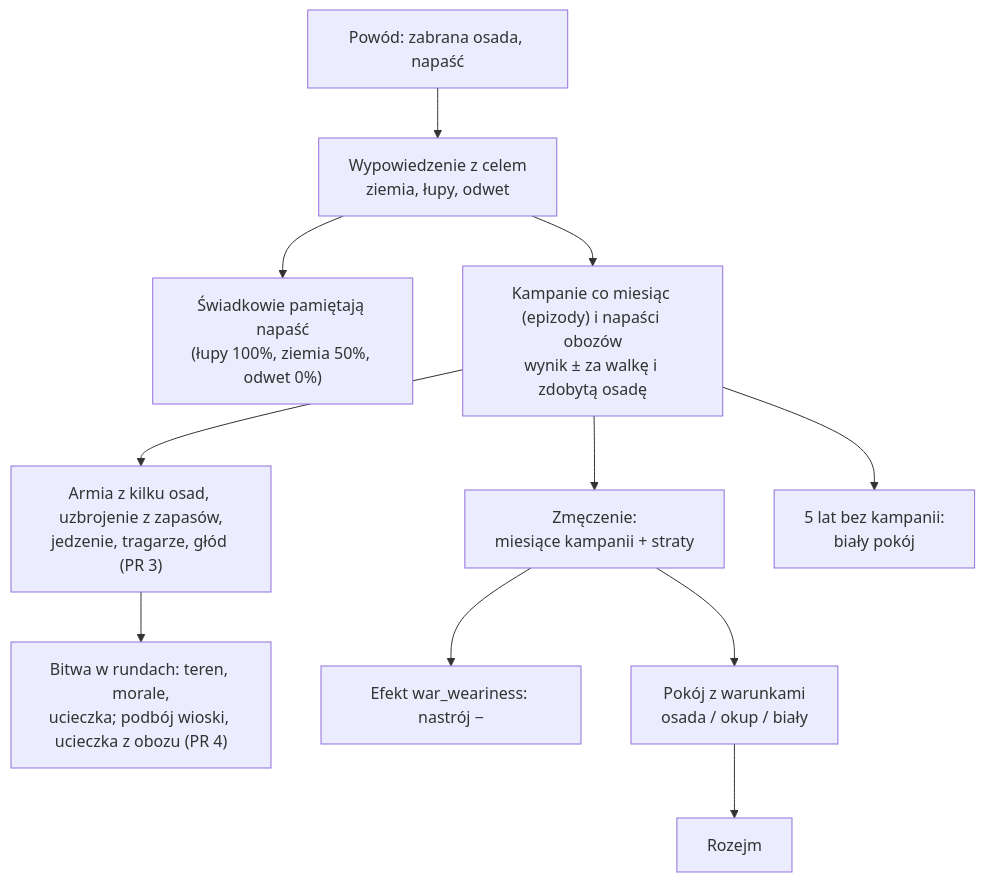
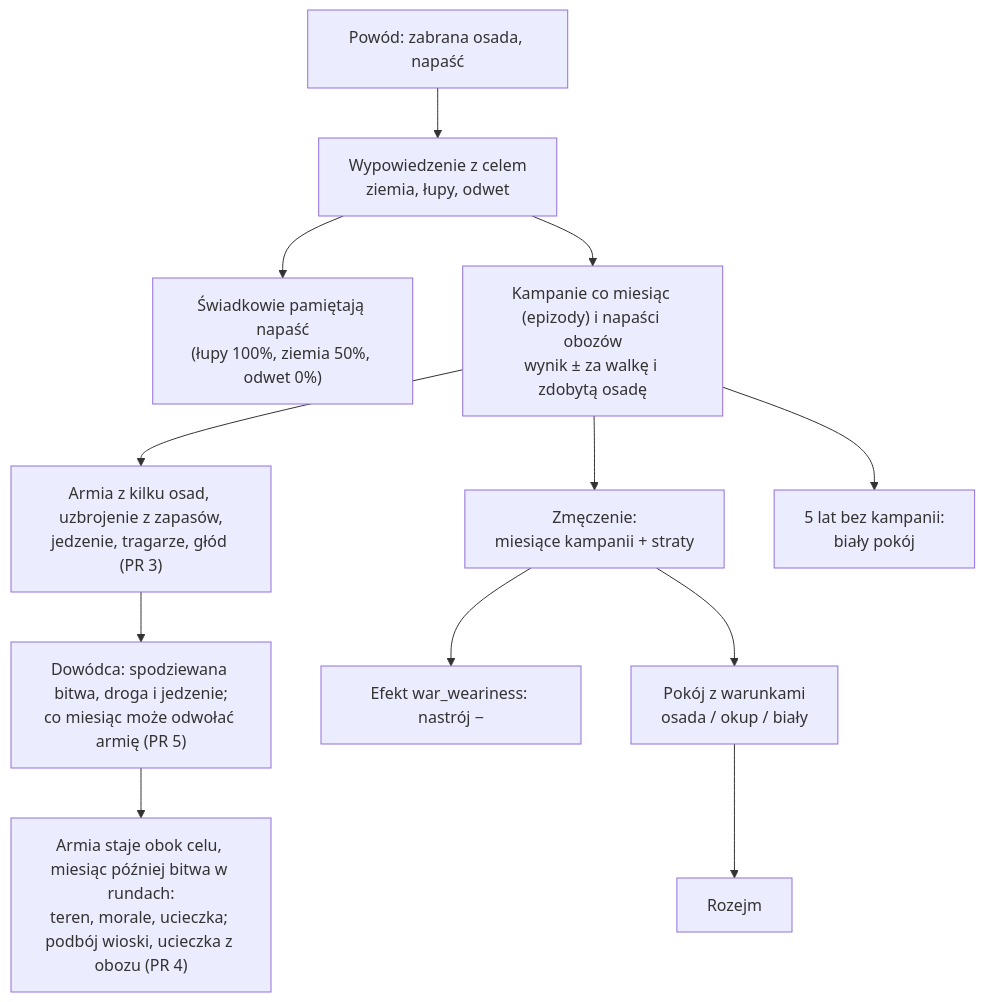
One commit to CoStellar/CivSim2 changed the diagram in docs/systems/war.md. Above: the diagram before and after it, drawn with Mermaid. The commit also changed other lines of this file and 12 other files, not shown here.

First line of the commit message:
Stage 4e PR 5: commander docs, statistics and charts

````diff
--- a/docs/systems/war.md
+++ b/docs/systems/war.md
@@ -16,13 +16,14 @@
 ```mermaid
 flowchart TD
   C["Powód: zabrana osada, napaść"] --> D["Wypowiedzenie z celem<br/>ziemia, łupy, odwet"]
   D --> R["Świadkowie pamiętają napaść<br/>(łupy 100%, ziemia 50%, odwet 0%)"]
   D --> W["Kampanie co miesiąc (epizody) i napaści obozów<br/>wynik ± za walkę i zdobytą osadę"]
   W --> A["Armia z kilku osad, uzbrojenie z zapasów,<br/>jedzenie, tragarze, głód (PR 3)"]
-  A --> B["Bitwa w rundach: teren, morale,<br/>ucieczka; podbój wioski, ucieczka z obozu (PR 4)"]
+  A --> K["Dowódca: spodziewana bitwa, droga i jedzenie;<br/>co miesiąc może odwołać armię (PR 5)"]
+  K --> B["Armia staje obok celu, miesiąc później bitwa w rundach:<br/>teren, morale, ucieczka; podbój wioski, ucieczka z obozu (PR 4)"]
   W --> Z["Zmęczenie:<br/>miesiące kampanii + straty"]
   W --> Q["5 lat bez kampanii:<br/>biały pokój"]
   Z --> M["Efekt war_weariness: nastrój −"]
   Z --> P["Pokój z warunkami<br/>osada / okup / biały"]
   P --> T["Rozejm"]
 ```
````
